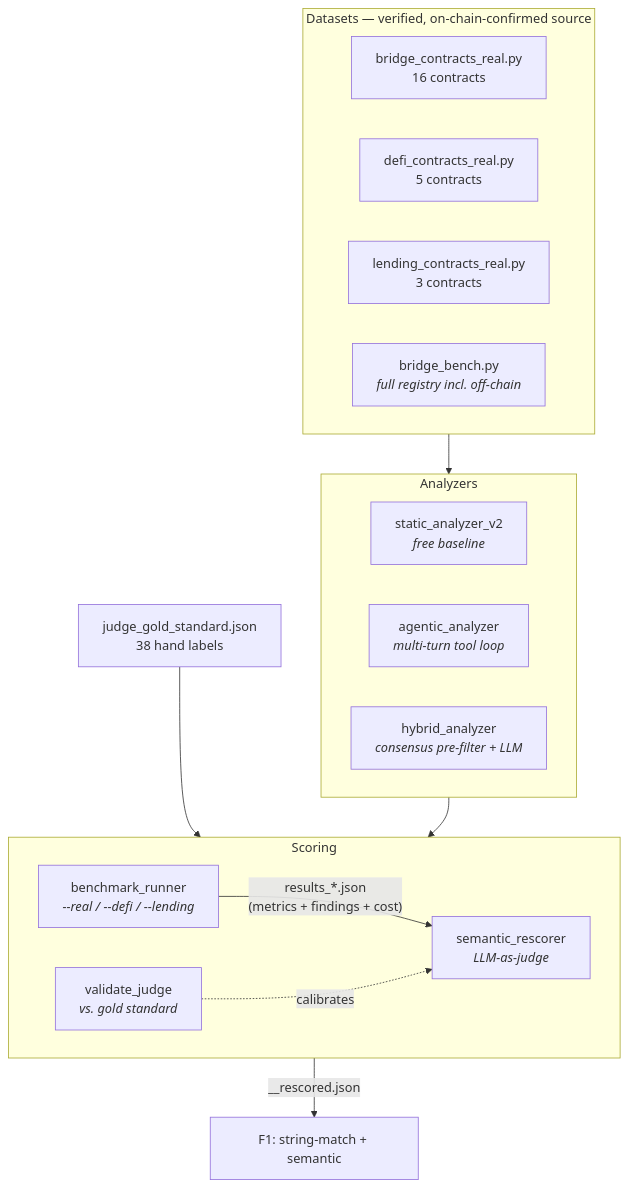
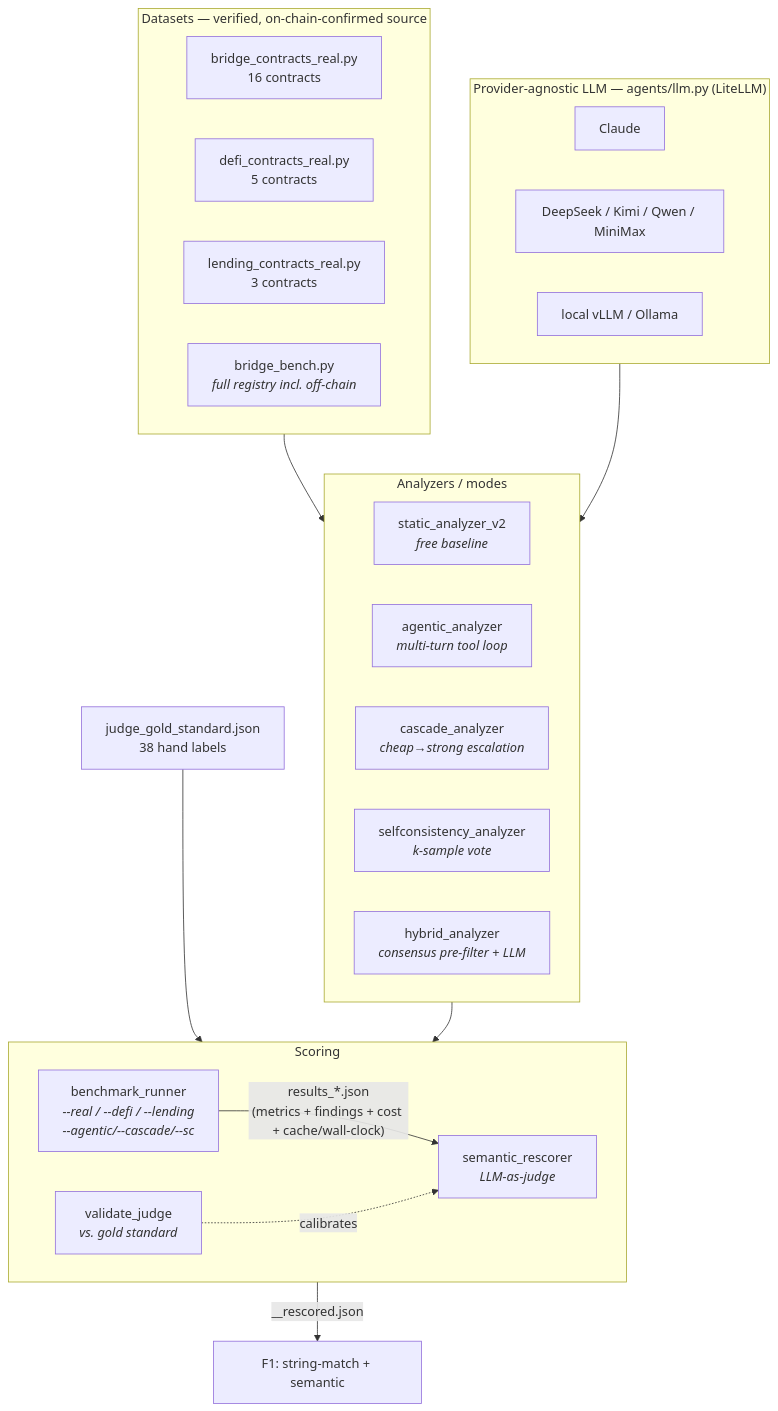
One commit to 0xSoftBoi/anthropic-fellowship changed the third of 3 diagrams in ai-security/README.md. Above: the diagram before and after it, drawn with Mermaid. The commit also changed other lines of this file and 3 other files, not shown here.

First line of the commit message:
docs: update READMEs, INDEX, RESEARCH + diagrams for multi-model & optimization

````diff
--- a/ai-security/README.md
+++ b/ai-security/README.md
@@ -199,29 +252,40 @@
 ```mermaid
 flowchart TB
     subgraph data["Datasets — verified, on-chain-confirmed source"]
         direction LR
         B["bridge_contracts_real.py<br/>16 contracts"]
         D["defi_contracts_real.py<br/>5 contracts"]
         L["lending_contracts_real.py<br/>3 contracts"]
         REG["bridge_bench.py<br/><i>full registry incl. off-chain</i>"]
     end
 
-    subgraph analyze["Analyzers"]
+    subgraph llmlayer["Provider-agnostic LLM — agents/llm.py (LiteLLM)"]
+        direction LR
+        MC["Claude"]
+        MO["DeepSeek / Kimi / Qwen / MiniMax"]
+        ML["local vLLM / Ollama"]
+    end
+
+    subgraph analyze["Analyzers / modes"]
         direction LR
         SA["static_analyzer_v2<br/><i>free baseline</i>"]
         AA["agentic_analyzer<br/><i>multi-turn tool loop</i>"]
+        CA["cascade_analyzer<br/><i>cheap→strong escalation</i>"]
+        SC["selfconsistency_analyzer<br/><i>k-sample vote</i>"]
         HA["hybrid_analyzer<br/><i>consensus pre-filter + LLM</i>"]
     end
 
     subgraph score["Scoring"]
         direction LR
-        BR["benchmark_runner<br/><i>--real / --defi / --lending</i>"]
+        BR["benchmark_runner<br/><i>--real / --defi / --lending<br/>--agentic/--cascade/--sc</i>"]
         SR["semantic_rescorer<br/><i>LLM-as-judge</i>"]
         VJ["validate_judge<br/><i>vs. gold standard</i>"]
     end
 
-    data --> analyze --> BR
-    BR -->|"results_*.json<br/>(metrics + findings + cost)"| SR
+    data --> analyze
+    llmlayer --> analyze
+    analyze --> BR
+    BR -->|"results_*.json<br/>(metrics + findings + cost + cache/wall-clock)"| SR
     SR -->|"__rescored.json"| OUT["F1: string-match + semantic"]
     GOLD["judge_gold_standard.json<br/>38 hand labels"] --> VJ -.calibrates.-> SR
 ```
````
